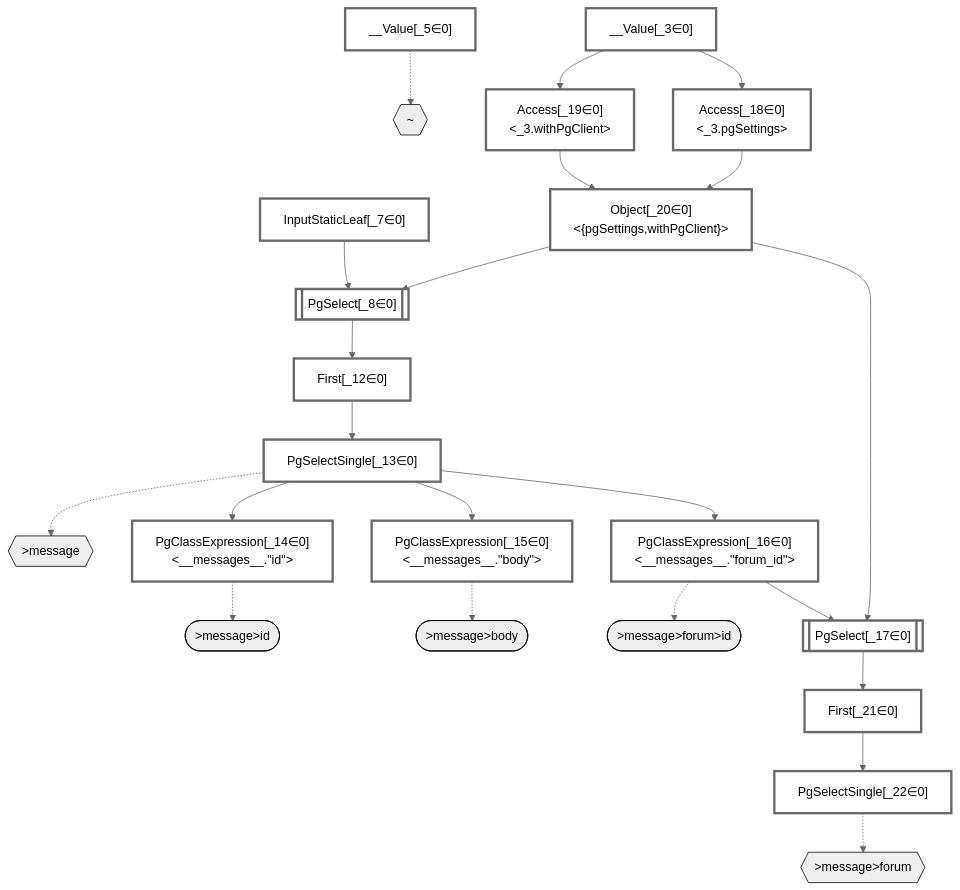
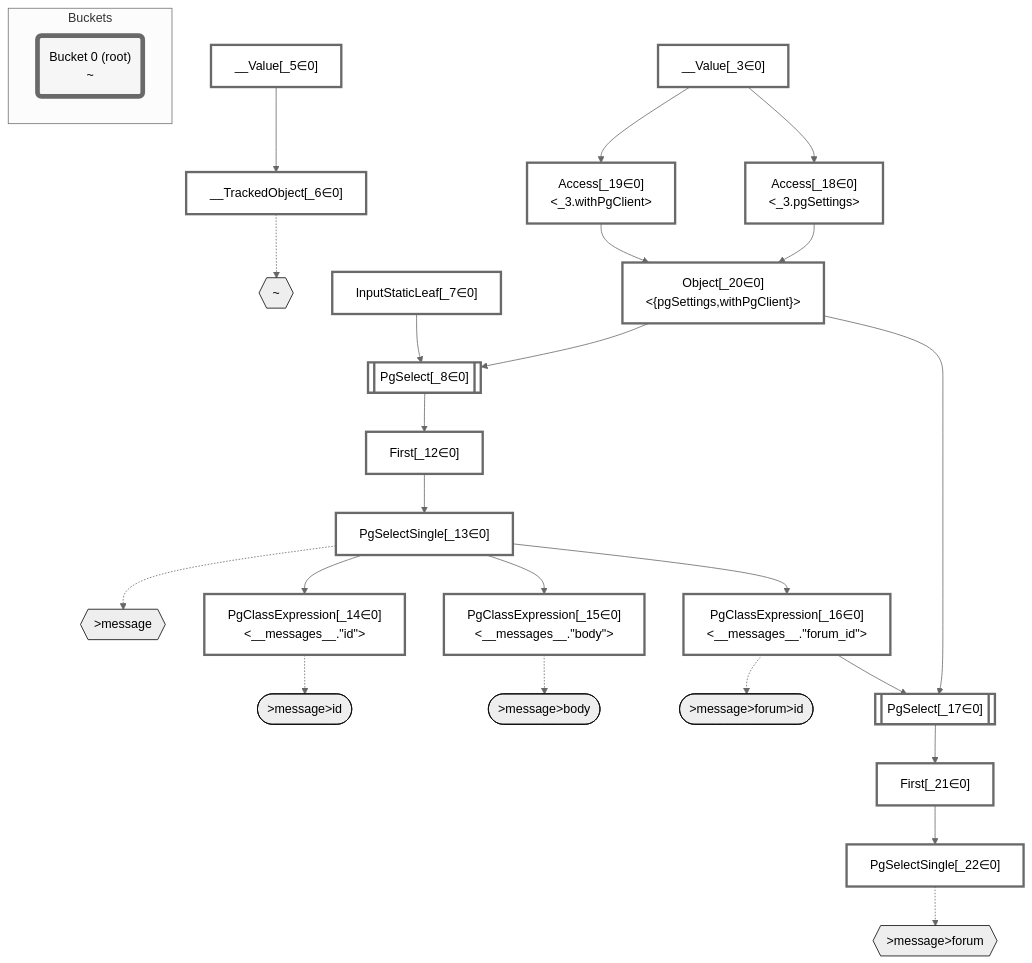
The diagram in packages/dataplan-pg/__tests__/queries/relations/basics-no-join-if-identical.deopt.mermaid.md (graphile/crystal), drawn with Mermaid (neutral theme) before and after one commit. The commit also changed 195 other files, not shown here.

````diff
--- a/packages/dataplan-pg/__tests__/queries/relations/basics-no-join-if-identical.deopt.mermaid.md
+++ b/packages/dataplan-pg/__tests__/queries/relations/basics-no-join-if-identical.deopt.mermaid.md
@@ -1,67 +1,75 @@
 ```mermaid
 graph TD
     classDef path fill:#eee,stroke:#000,color:#000
     classDef plan fill:#fff,stroke-width:3px,color:#000
     classDef itemplan fill:#fff,stroke-width:6px,color:#000
     classDef sideeffectplan fill:#f00,stroke-width:6px,color:#000
+    classDef bucket fill:#f6f6f6,color:#000,stroke-width:6px
 
     %% subgraph fields
     P1{{"~"}}:::path
     P2{{">message"}}:::path
     P3([">message>id"]):::path
     %% P2 -.-> P3
     P4([">message>body"]):::path
     %% P2 -.-> P4
     P5{{">message>forum"}}:::path
     P6([">message>forum>id"]):::path
     %% P5 -.-> P6
     %% P2 -.-> P5
     %% P1 -.-> P2
     %% end
 
     %% define plans
     __Value_3["__Value[_3∈0]<br /><context>"]:::plan
     __Value_5["__Value[_5∈0]<br /><rootValue>"]:::plan
+    __TrackedObject_6["__TrackedObject[_6∈0]"]:::plan
     InputStaticLeaf_7["InputStaticLeaf[_7∈0]"]:::plan
     PgSelect_8[["PgSelect[_8∈0]<br /><messages>"]]:::plan
     First_12["First[_12∈0]"]:::plan
     PgSelectSingle_13["PgSelectSingle[_13∈0]<br /><messages>"]:::plan
     PgClassExpression_14["PgClassExpression[_14∈0]<br /><__messages__.#quot;id#quot;>"]:::plan
     PgClassExpression_15["PgClassExpression[_15∈0]<br /><__messages__.#quot;body#quot;>"]:::plan
     PgClassExpression_16["PgClassExpression[_16∈0]<br /><__messages__.#quot;forum_id#quot;>"]:::plan
     PgSelect_17[["PgSelect[_17∈0]<br /><forums>"]]:::plan
     Access_18["Access[_18∈0]<br /><_3.pgSettings>"]:::plan
     Access_19["Access[_19∈0]<br /><_3.withPgClient>"]:::plan
     Object_20["Object[_20∈0]<br /><{pgSettings,withPgClient}>"]:::plan
     First_21["First[_21∈0]"]:::plan
     PgSelectSingle_22["PgSelectSingle[_22∈0]<br /><forums>"]:::plan
 
     %% plan dependencies
+    __Value_5 --> __TrackedObject_6
     Object_20 --> PgSelect_8
     InputStaticLeaf_7 --> PgSelect_8
     PgSelect_8 --> First_12
     First_12 --> PgSelectSingle_13
     PgSelectSingle_13 --> PgClassExpression_14
     PgSelectSingle_13 --> PgClassExpression_15
     PgSelectSingle_13 --> PgClassExpression_16
     Object_20 --> PgSelect_17
     PgClassExpression_16 --> PgSelect_17
     __Value_3 --> Access_18
     __Value_3 --> Access_19
     Access_18 --> Object_20
     Access_19 --> Object_20
     PgSelect_17 --> First_21
     First_21 --> PgSelectSingle_22
 
     %% plan-to-path relationships
-    __Value_5 -.-> P1
+    __TrackedObject_6 -.-> P1
     PgSelectSingle_13 -.-> P2
     PgClassExpression_14 -.-> P3
     PgClassExpression_15 -.-> P4
     PgSelectSingle_22 -.-> P5
     PgClassExpression_16 -.-> P6
 
     %% allocate buckets
     classDef bucket0 stroke:#696969
-    class __Value_3,__Value_5,InputStaticLeaf_7,PgSelect_8,First_12,PgSelectSingle_13,PgClassExpression_14,PgClassExpression_15,PgClassExpression_16,PgSelect_17,Access_18,Access_19,Object_20,First_21,PgSelectSingle_22 bucket0
+    class __Value_3,__Value_5,__TrackedObject_6,InputStaticLeaf_7,PgSelect_8,First_12,PgSelectSingle_13,PgClassExpression_14,PgClassExpression_15,PgClassExpression_16,PgSelect_17,Access_18,Access_19,Object_20,First_21,PgSelectSingle_22 bucket0
+
+    subgraph Buckets
+    Bucket0("Bucket 0 (root)<br />~"):::bucket
+    style Bucket0 stroke:#696969
+    end
 ```
````
